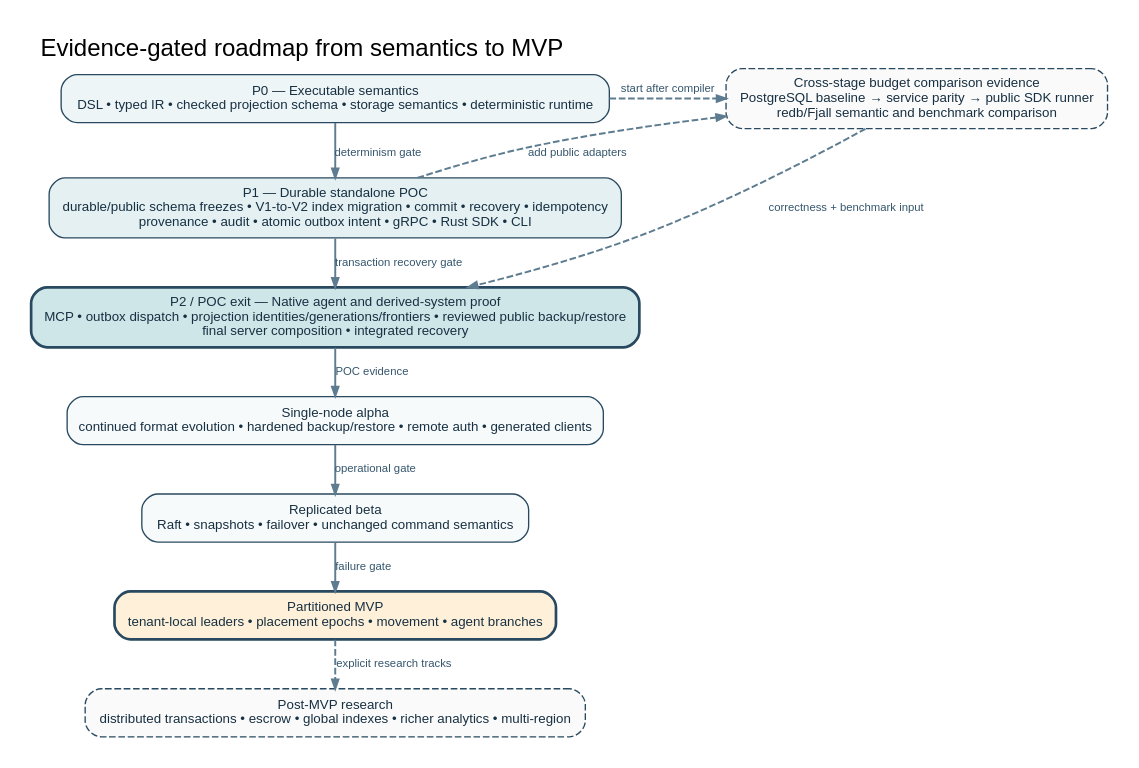
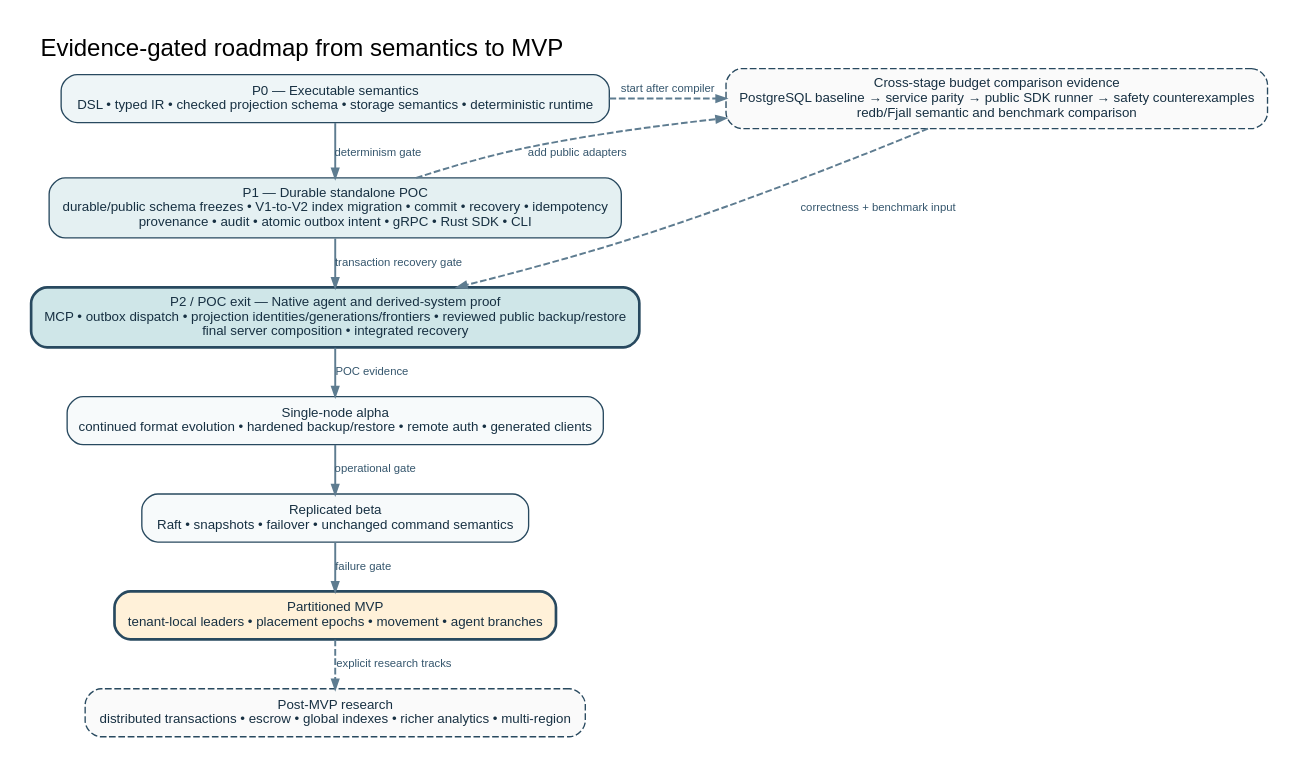
Before and after one commit to riffdb/riffdb: the diagram in diagrams/roadmap.dot, drawn with Graphviz. The commit also changed 10 other files, not shown here.

```diff
--- a/diagrams/roadmap.dot
+++ b/diagrams/roadmap.dot
@@ -1,24 +1,24 @@
 digraph G {
   graph [rankdir=TB, bgcolor="white", pad="0.22", nodesep="0.25", ranksep="0.38", fontname="Liberation Sans", fontsize=18, label="Evidence-gated roadmap from semantics to MVP", labelloc="t", labeljust="l"];
   node [shape=box, style="rounded,filled", fontname="Liberation Sans", fontsize=10, margin="0.16,0.08", color="#28495F", fillcolor="#F7FAFB", fontcolor="#173042"];
   edge [color="#5E7C90", penwidth=1.45, arrowsize=0.70, fontname="Liberation Sans", fontsize=8.5, fontcolor="#35566D"];
 
   p0 [label="P0 — Executable semantics\nDSL • typed IR • checked projection schema • storage semantics • deterministic runtime", fillcolor="#EEF5F7"];
   p1 [label="P1 — Durable standalone POC\ndurable/public schema freezes • V1-to-V2 index migration • commit • recovery • idempotency\nprovenance • audit • atomic outbox intent • gRPC • Rust SDK • CLI", fillcolor="#E4F0F2"];
   p2 [label="P2 / POC exit — Native agent and derived-system proof\nMCP • outbox dispatch • projection identities/generations/frontiers • reviewed public backup/restore\nfinal server composition • integrated recovery", fillcolor="#CFE6E8", penwidth=2.0];
-  evidence [label="Cross-stage budget comparison evidence\nPostgreSQL baseline → service parity → public SDK runner\nredb/Fjall semantic and benchmark comparison", style="rounded,filled,dashed", fillcolor="#FAFAFA"];
+  evidence [label="Cross-stage budget comparison evidence\nPostgreSQL baseline → service parity → public SDK runner → safety counterexamples\nredb/Fjall semantic and benchmark comparison", style="rounded,filled,dashed", fillcolor="#FAFAFA"];
   a [label="Single-node alpha\ncontinued format evolution • hardened backup/restore • remote auth • generated clients"];
   b [label="Replicated beta\nRaft • snapshots • failover • unchanged command semantics"];
   c [label="Partitioned MVP\ntenant-local leaders • placement epochs • movement • agent branches", fillcolor="#FFF1D9", penwidth=2.0];
   post [label="Post-MVP research\ndistributed transactions • escrow • global indexes • richer analytics • multi-region", style="rounded,filled,dashed", fillcolor="#FAFAFA"];
 
   p0 -> p1 [label="determinism gate"];
   p1 -> p2 [label="transaction recovery gate"];
   p0 -> evidence [style=dashed, label="start after compiler", constraint=false];
   p1 -> evidence [style=dashed, label="add public adapters", constraint=false];
   evidence -> p2 [style=dashed, label="correctness + benchmark input", constraint=false];
   p2 -> a [label="POC evidence"];
   a -> b [label="operational gate"];
   b -> c [label="failure gate"];
   c -> post [style=dashed, label="explicit research tracks"];
 }
```
